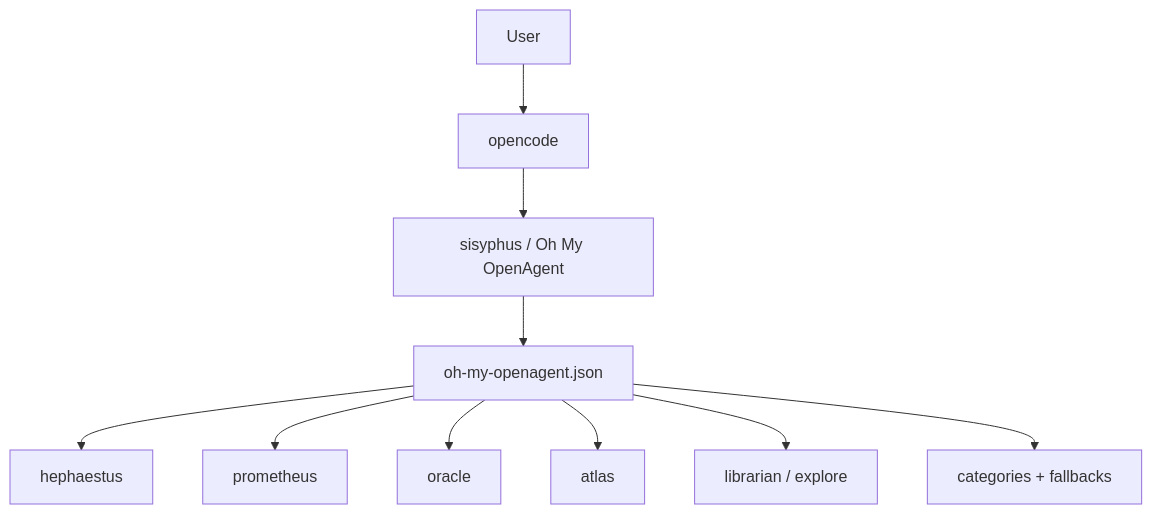
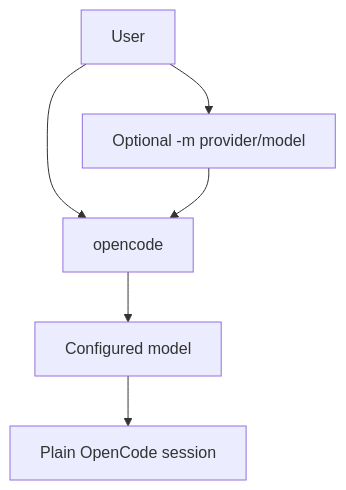
One commit to bpinheiroms/my-setup changed the diagram in opencode/WORKFLOW_DIAGRAM.md. Above: the diagram before and after it, drawn with Mermaid. The commit also changed other lines of this file and 5 other files, not shown here.

Commit message:
Use plain OpenCode config (#32)

````diff
--- a/opencode/WORKFLOW_DIAGRAM.md
+++ b/opencode/WORKFLOW_DIAGRAM.md
@@ -3,12 +3,8 @@
 ```mermaid
 flowchart TD
     U[User] --> O[opencode]
-    O --> S[sisyphus / Oh My OpenAgent]
-    S --> CFG[oh-my-openagent.json]
-    CFG --> H[hephaestus]
-    CFG --> P[prometheus]
-    CFG --> OR[oracle]
-    CFG --> A[atlas]
-    CFG --> L[librarian / explore]
-    CFG --> C[categories + fallbacks]
+    O --> M[Configured model]
+    U --> OV[Optional -m provider/model]
+    OV --> O
+    M --> T[Plain OpenCode session]
 ```
````
